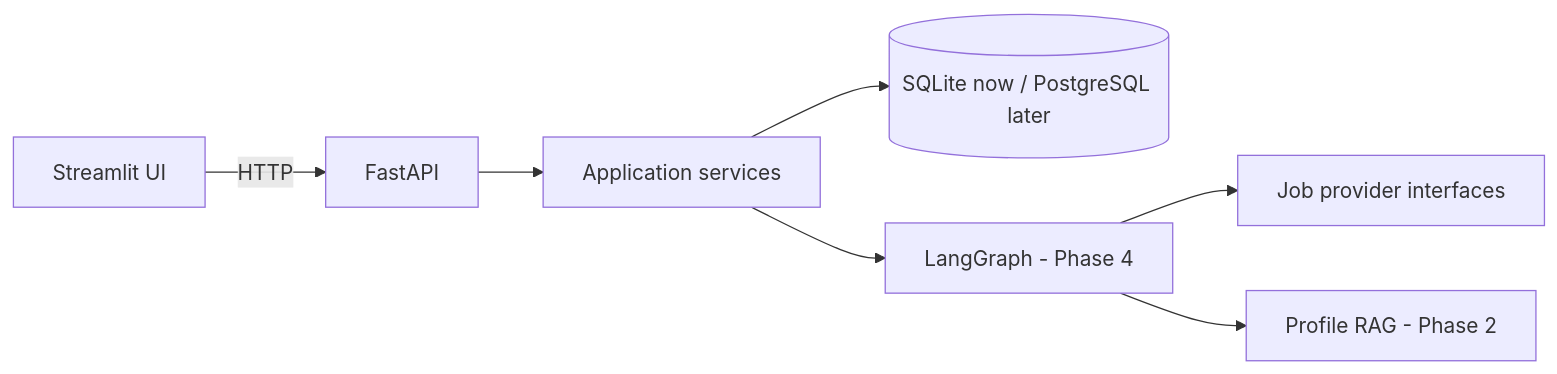
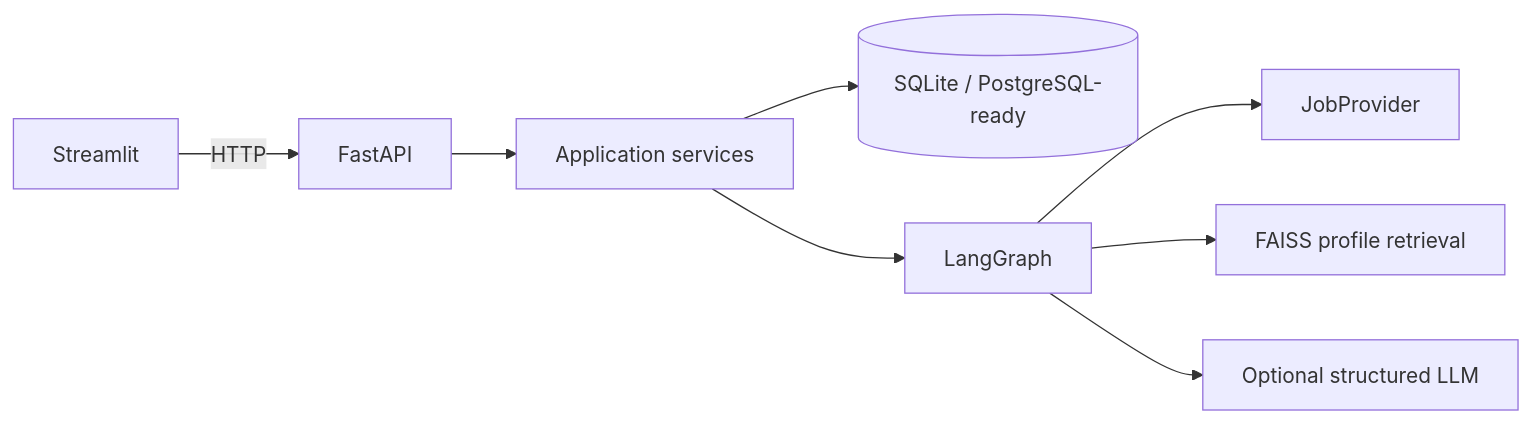
Before and after one commit to taka2706/careerpilot-ai: the first of 2 diagrams in docs/architecture.md, drawn with Mermaid. The commit also changed other lines of this file and 2 other files, not shown here.

Commit message:
docs: document the full CareerPilot architecture

````diff
--- a/docs/architecture.md
+++ b/docs/architecture.md
@@ -6,9 +6,10 @@
 ```mermaid
 flowchart LR
-    UI[Streamlit UI] -->|HTTP| API[FastAPI]
+    UI[Streamlit] -->|HTTP| API[FastAPI]
     API --> Services[Application services]
-    Services --> DB[(SQLite now / PostgreSQL later)]
-    Services --> Graph[LangGraph - Phase 4]
-    Graph --> Providers[Job provider interfaces]
-    Graph --> RAG[Profile RAG - Phase 2]
+    Services --> DB[(SQLite / PostgreSQL-ready)]
+    Services --> Graph[LangGraph]
+    Graph --> Provider[JobProvider]
+    Graph --> RAG[FAISS profile retrieval]
+    Graph --> LLM[Optional structured LLM]
 ```
````
